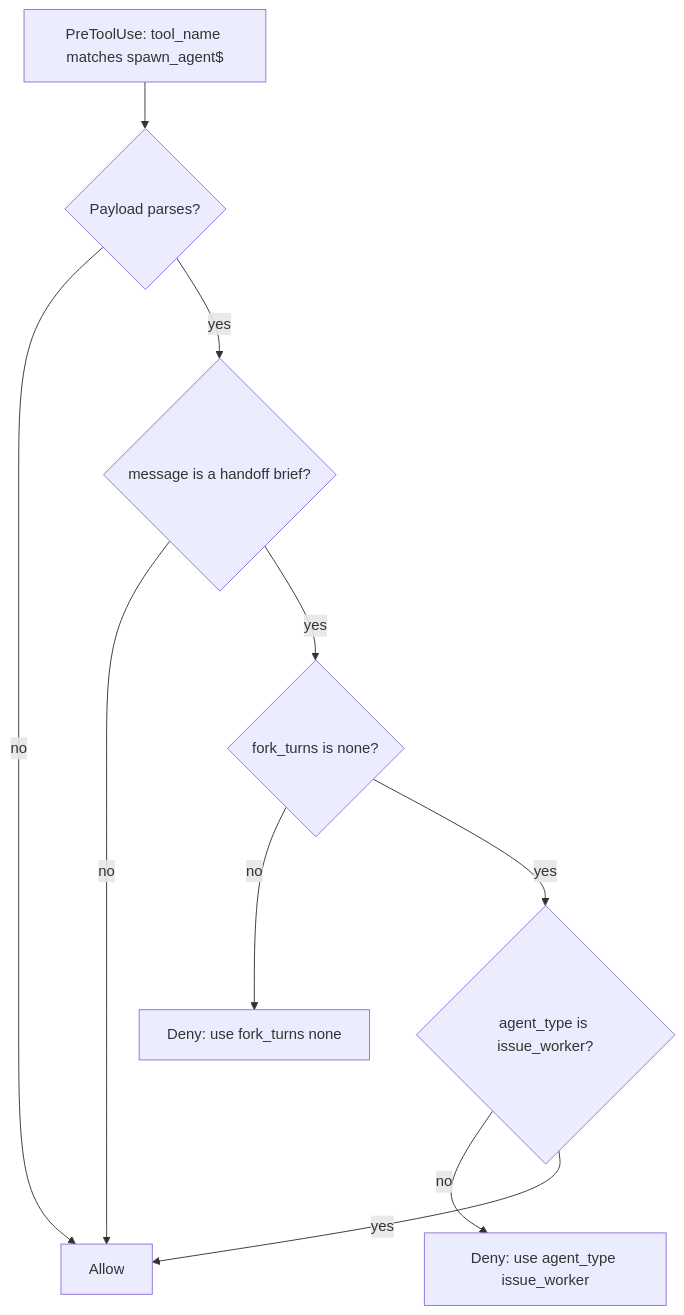
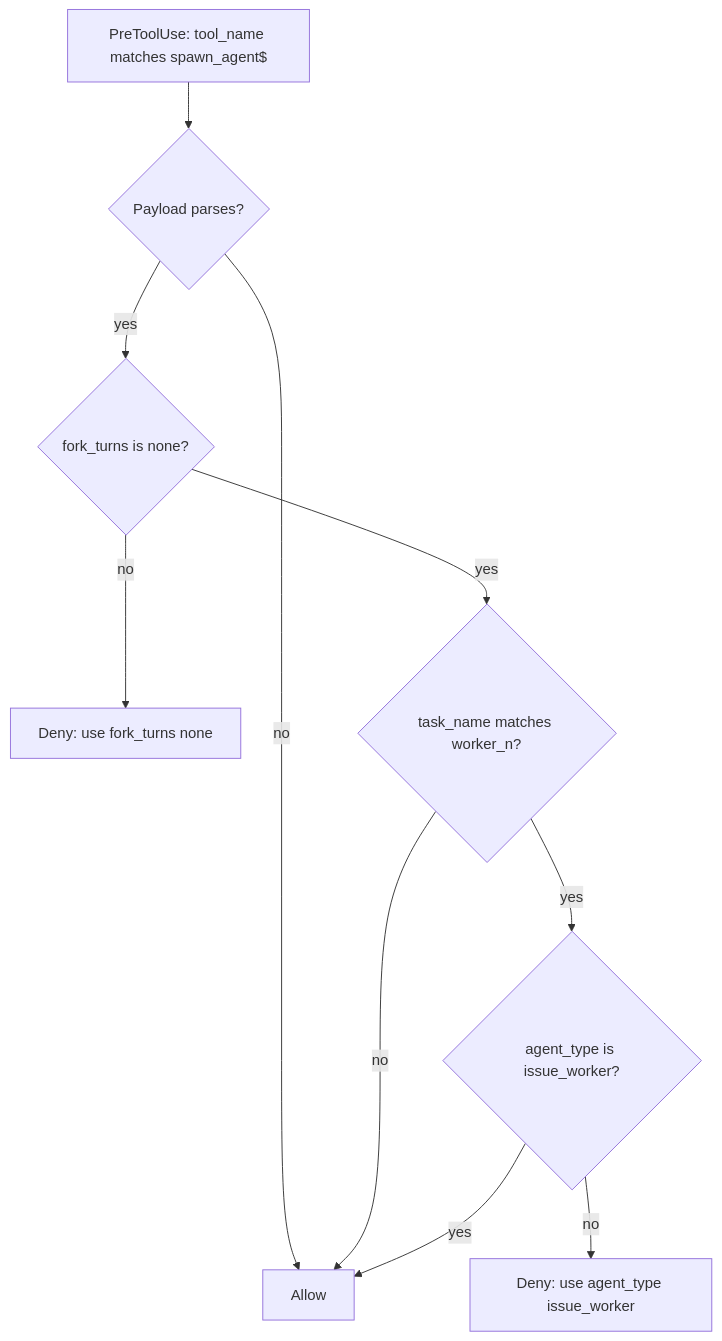
Before and after one commit to Crank-Git/issue-flow-codex: the second of 3 diagrams in docs/specs/features/01-plugin-packaging.md, drawn with Mermaid. The commit also changed other lines of this file and 9 other files, not shown here.

````diff
--- a/docs/specs/features/01-plugin-packaging.md
+++ b/docs/specs/features/01-plugin-packaging.md
@@ -107,12 +107,12 @@
 ```mermaid
 flowchart TD
     A["PreToolUse: tool_name matches spawn_agent$"] --> B{"Payload parses?"}
     B -- "no" --> OK["Allow"]
-    B -- "yes" --> C{"message is a handoff brief?"}
+    B -- "yes" --> D{"fork_turns is none?"}
+    D -- "no" --> X1["Deny: use fork_turns none"]
+    D -- "yes" --> C{"task_name matches worker_n?"}
     C -- "no" --> OK
-    C -- "yes" --> D{"fork_turns is none?"}
-    D -- "no" --> X1["Deny: use fork_turns none"]
-    D -- "yes" --> E{"agent_type is issue_worker?"}
+    C -- "yes" --> E{"agent_type is issue_worker?"}
     E -- "no" --> X2["Deny: use agent_type issue_worker"]
     E -- "yes" --> OK
 ```
````
